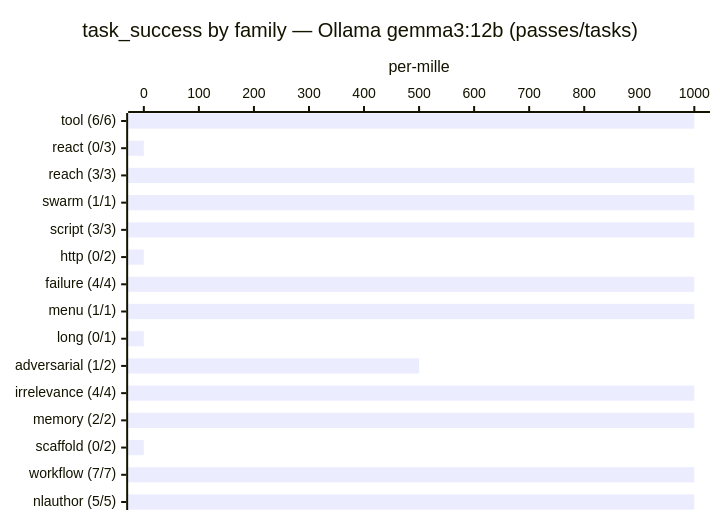
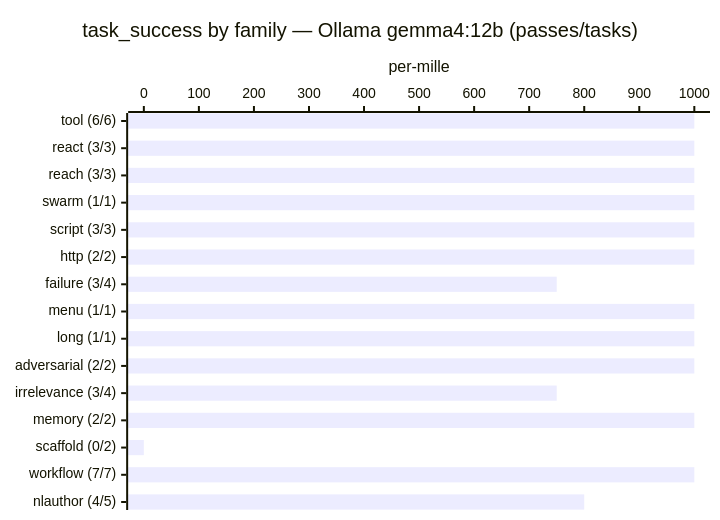
One commit to Kortecx/kortecx changed the first of 2 diagrams in README.md. Above: the diagram before and after it, drawn with Mermaid. The commit also changed other lines of this file and 13 other files, not shown here.

````diff
--- a/README.md
+++ b/README.md
@@ -319,7 +319,7 @@
 ```mermaid
 xychart-beta horizontal
-    title "task_success by family — Ollama gemma3:12b (passes/tasks)"
-    x-axis ["tool (6/6)", "react (0/3)", "reach (3/3)", "swarm (1/1)", "script (3/3)", "http (0/2)", "failure (4/4)", "menu (1/1)", "long (0/1)", "adversarial (1/2)", "irrelevance (4/4)", "memory (2/2)", "scaffold (0/2)", "workflow (7/7)", "nlauthor (5/5)"]
+    title "task_success by family — Ollama gemma4:12b (passes/tasks)"
+    x-axis ["tool (6/6)", "react (3/3)", "reach (3/3)", "swarm (1/1)", "script (3/3)", "http (2/2)", "failure (3/4)", "menu (1/1)", "long (1/1)", "adversarial (2/2)", "irrelevance (3/4)", "memory (2/2)", "scaffold (0/2)", "workflow (7/7)", "nlauthor (4/5)"]
     y-axis "per-mille" 0 --> 1000
-    bar [1000, 0, 1000, 1000, 1000, 0, 1000, 1000, 0, 500, 1000, 1000, 0, 1000, 1000]
+    bar [1000, 1000, 1000, 1000, 1000, 1000, 750, 1000, 1000, 1000, 750, 1000, 0, 1000, 800]
 ```
````
